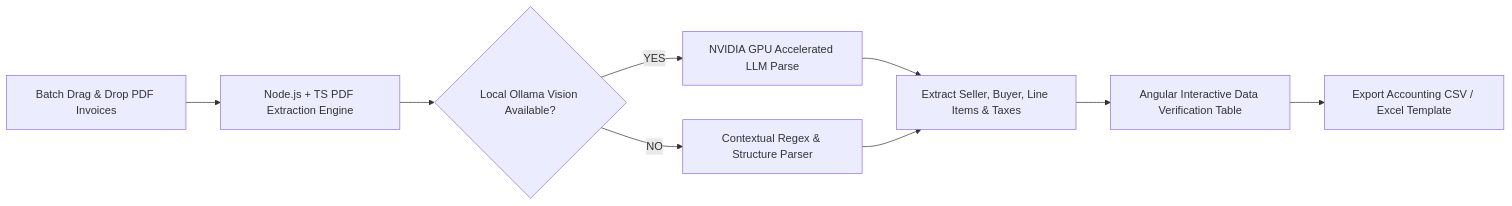
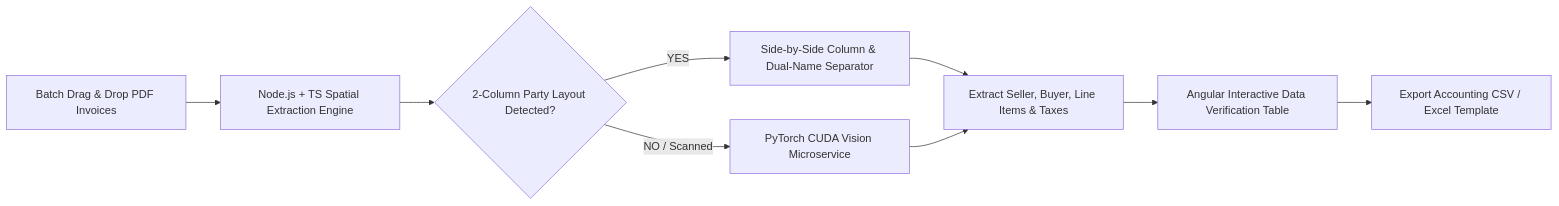
Before and after one commit to Eng-Ahmet/invoice2csv: the diagram in README.md, drawn with Mermaid. The commit also changed other lines of this file and 4 other files, not shown here.

Commit message:
docs: update architecture with Python vision microservice and dual-engine extraction model

````diff
--- a/README.md
+++ b/README.md
@@ -76,10 +86,10 @@
 ```mermaid
 flowchart LR
-    A[Batch Drag & Drop PDF Invoices] --> B[Node.js + TS PDF Extraction Engine]
-    B --> C{Local Ollama Vision Available?}
-    C -->|YES| D[NVIDIA GPU Accelerated LLM Parse]
-    C -->|NO| E[Contextual Regex & Structure Parser]
+    A[Batch Drag & Drop PDF Invoices] --> B[Node.js + TS Spatial Extraction Engine]
+    B --> C{2-Column Party Layout Detected?}
+    C -->|YES| D[Side-by-Side Column & Dual-Name Separator]
+    C -->|NO / Scanned| E[PyTorch CUDA Vision Microservice]
     D & E --> F[Extract Seller, Buyer, Line Items & Taxes]
     F --> G[Angular Interactive Data Verification Table]
     G --> H[Export Accounting CSV / Excel Template]
 ```
````
